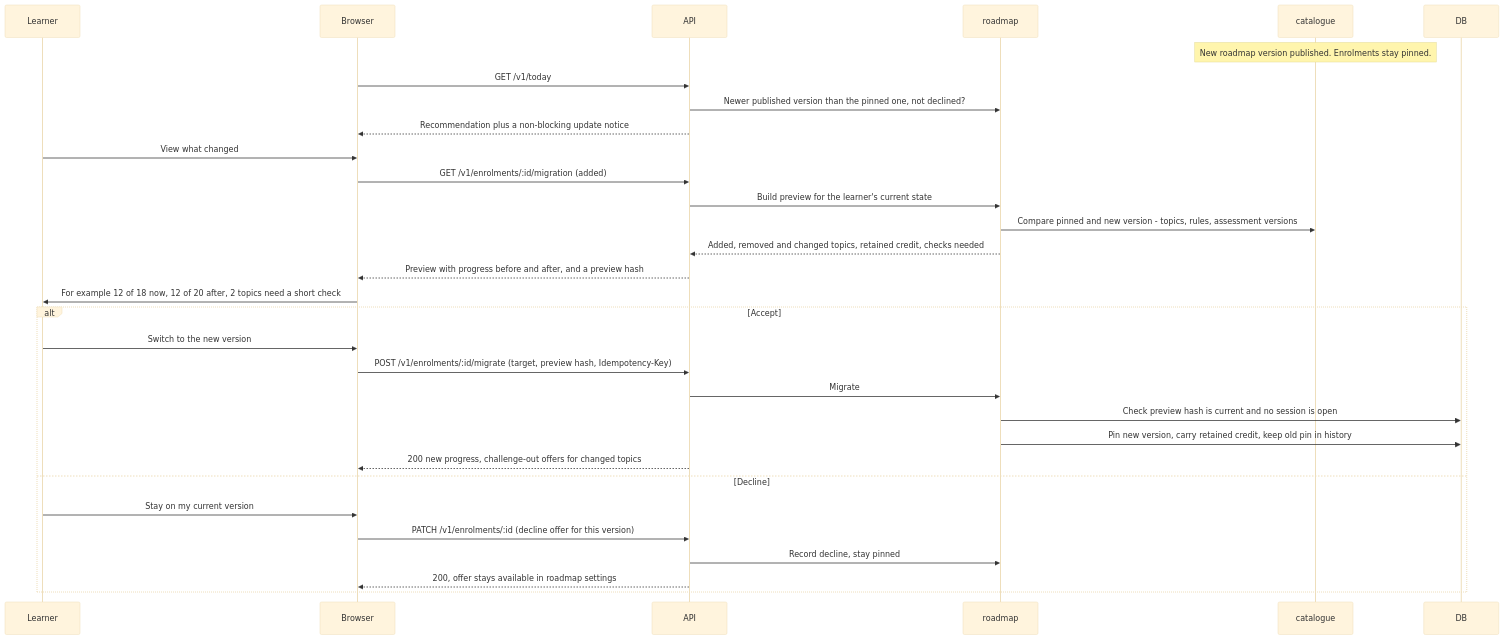
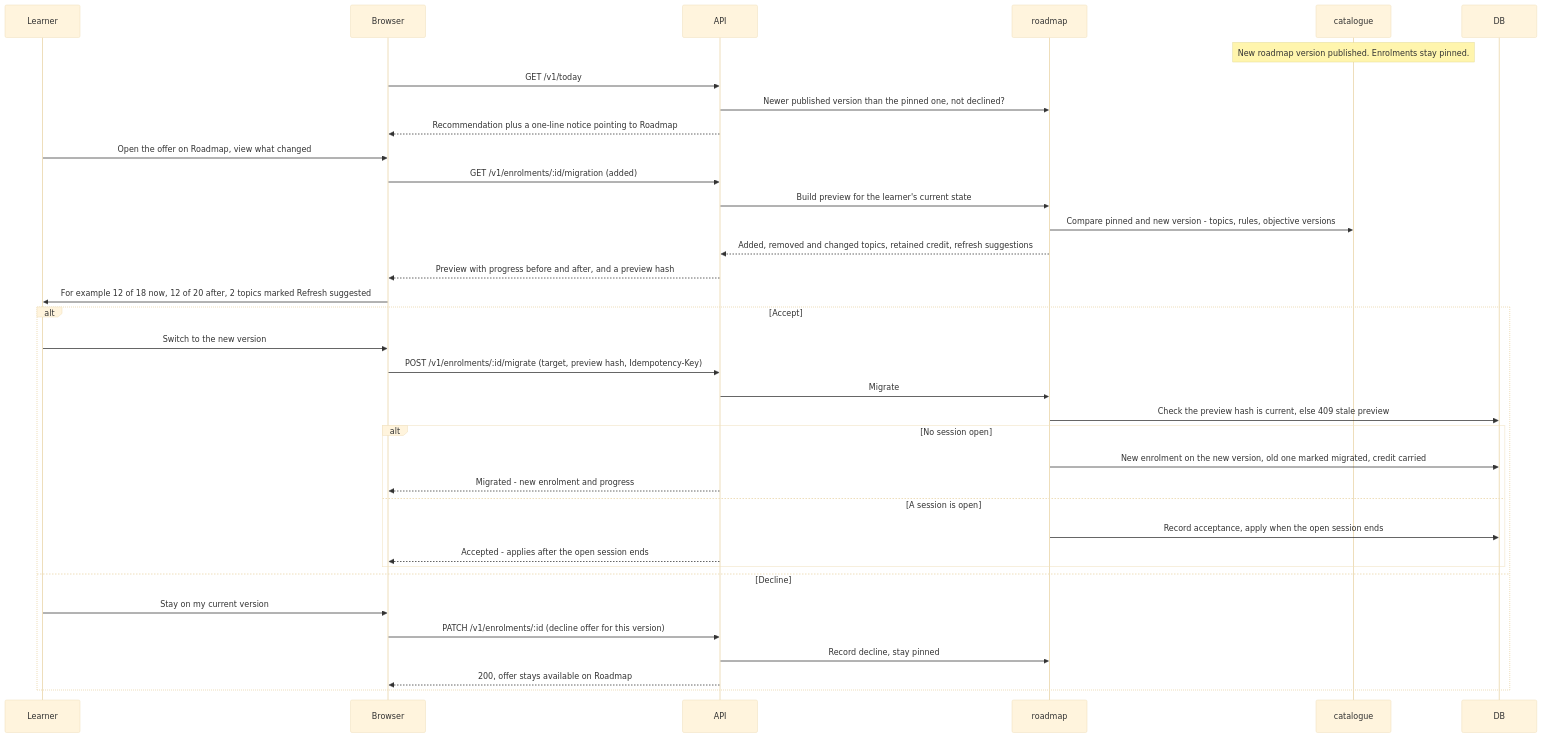
One commit to GhanshyamSoni68/app_idea changed diagram 16 of 19 in devstep/docs/03-key-flows.md. Above: the diagram before and after it, drawn with Mermaid (base theme). The commit also changed other lines of this file and 8 other files, not shown here.

First line of the commit message:
Apply cross-review rulings to planning docs (in progress)

````diff
--- a/devstep/docs/03-key-flows.md
+++ b/devstep/docs/03-key-flows.md
@@ -957,33 +981,38 @@
 ```mermaid
 sequenceDiagram
     participant L as Learner
     participant B as Browser
     participant API
     participant RM as roadmap
     participant CAT as catalogue
     participant DB
     Note over CAT: New roadmap version published. Enrolments stay pinned.
     B->>API: GET /v1/today
     API->>RM: Newer published version than the pinned one, not declined?
-    API-->>B: Recommendation plus a non-blocking update notice
-    L->>B: View what changed
+    API-->>B: Recommendation plus a one-line notice pointing to Roadmap
+    L->>B: Open the offer on Roadmap, view what changed
     B->>API: GET /v1/enrolments/:id/migration (added)
     API->>RM: Build preview for the learner's current state
-    RM->>CAT: Compare pinned and new version - topics, rules, assessment versions
-    RM-->>API: Added, removed and changed topics, retained credit, checks needed
+    RM->>CAT: Compare pinned and new version - topics, rules, objective versions
+    RM-->>API: Added, removed and changed topics, retained credit, refresh suggestions
     API-->>B: Preview with progress before and after, and a preview hash
-    B->>L: For example 12 of 18 now, 12 of 20 after, 2 topics need a short check
+    B->>L: For example 12 of 18 now, 12 of 20 after, 2 topics marked Refresh suggested
     alt Accept
         L->>B: Switch to the new version
         B->>API: POST /v1/enrolments/:id/migrate (target, preview hash, Idempotency-Key)
         API->>RM: Migrate
-        RM->>DB: Check preview hash is current and no session is open
-        RM->>DB: Pin new version, carry retained credit, keep old pin in history
-        API-->>B: 200 new progress, challenge-out offers for changed topics
+        RM->>DB: Check the preview hash is current, else 409 stale preview
+        alt No session open
+            RM->>DB: New enrolment on the new version, old one marked migrated, credit carried
+            API-->>B: Migrated - new enrolment and progress
+        else A session is open
+            RM->>DB: Record acceptance, apply when the open session ends
+            API-->>B: Accepted - applies after the open session ends
+        end
     else Decline
         L->>B: Stay on my current version
         B->>API: PATCH /v1/enrolments/:id (decline offer for this version)
         API->>RM: Record decline, stay pinned
-        API-->>B: 200, offer stays available in roadmap settings
+        API-->>B: 200, offer stays available on Roadmap
     end
 ```
````
